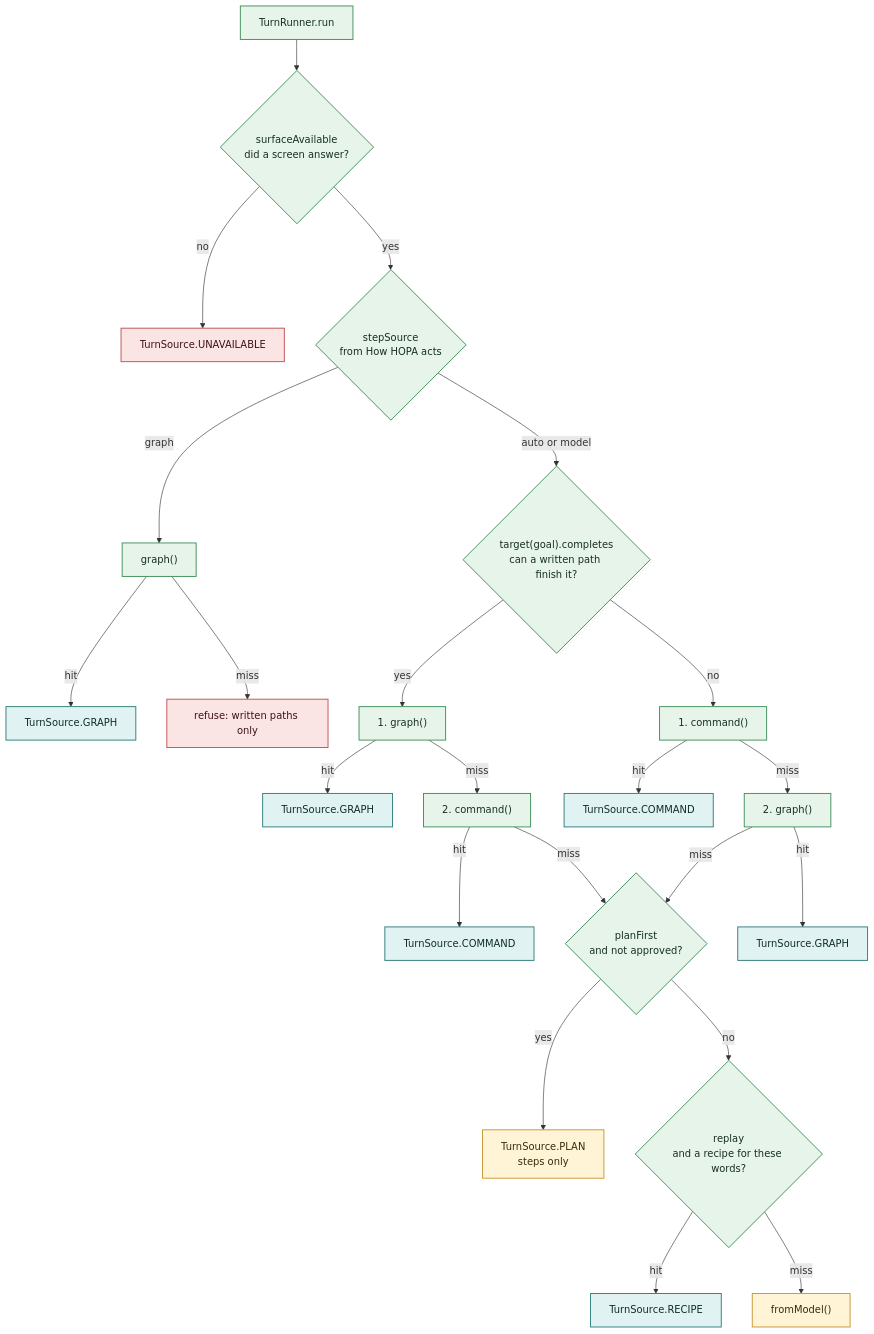
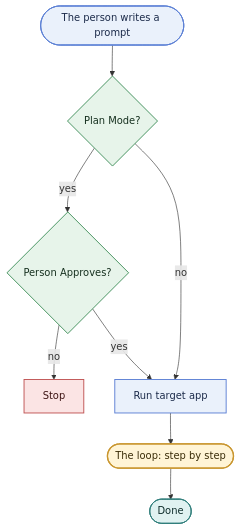
Before and after one commit to ChayaLevi/hopa: the first of 3 diagrams in docs/design/architecture/turn-flow.md, drawn with Mermaid. The commit also changed other lines of this file and 21 other files, not shown here.

First line of the commit message:
docs(architecture): one picture of a turn, shaped like the turn (#138)

````diff
--- a/docs/design/architecture/turn-flow.md
+++ b/docs/design/architecture/turn-flow.md
@@ -82,37 +21,23 @@
 ```mermaid
 flowchart TD
+  A(["The person writes a prompt"]) --> B{"Plan Mode?"}
+  B -->|"yes"| D{"Person Approves?"}
+  D -->|"no"| Z1["Stop"]
+  D -->|"yes"| G
+  B -->|"no"| G
+  G["Run target app"]
+  G --> L(["The loop: step by step"])
+  L --> R(["Done"])
+
   classDef io fill:#EAF1FB,stroke:#5B7FD4,color:#1C2B4A,stroke-width:1.5px
   classDef core fill:#E7F4EA,stroke:#3F8F5A,color:#16301F,stroke-width:1.5px
-  classDef model fill:#FFF4D6,stroke:#C9962F,color:#3A2C08,stroke-width:1.5px
+  classDef loop fill:#FFF4D6,stroke:#C9962F,color:#3A2C08,stroke-width:2px
   classDef result fill:#E0F2F1,stroke:#2F7D7A,color:#0F2E2C,stroke-width:1.5px
-  classDef store fill:#F0EAFB,stroke:#7A5AB8,color:#241A3A,stroke-width:1.5px
   classDef stop fill:#FBE4E4,stroke:#BF5252,color:#3D1414,stroke-width:1.5px
-  A["TurnRunner.run"] --> B{"surfaceAvailable<br/>did a screen answer?"}
-  B -->|"no"| B1["TurnSource.UNAVAILABLE"]
-  B -->|"yes"| C{"stepSource<br/>from How HOPA acts"}
-  C -->|"graph"| D["graph()"]
-  D -->|"hit"| D1["TurnSource.GRAPH"]
-  D -->|"miss"| D2["refuse: written paths only"]
-  C -->|"auto or model"| E{"target(goal).completes<br/>can a written path finish it?"}
-  E -->|"yes"| F["1. graph()"]
-  E -->|"no"| G["1. command()"]
-  F -->|"hit"| F1["TurnSource.GRAPH"]
-  F -->|"miss"| H["2. command()"]
-  G -->|"hit"| G1["TurnSource.COMMAND"]
-  G -->|"miss"| I["2. graph()"]
-  H -->|"hit"| H1["TurnSource.COMMAND"]
-  H -->|"miss"| J{"planFirst<br/>and not approved?"}
-  I -->|"hit"| I1["TurnSource.GRAPH"]
-  I -->|"miss"| J
-  J -->|"yes"| J1["TurnSource.PLAN<br/>steps only"]
-  J -->|"no"| K{"replay<br/>and a recipe for these words?"}
-  K -->|"hit"| K1["TurnSource.RECIPE"]
-  K -->|"miss"| L["fromModel()"]
 
-
-
-  class A,B,C,D,E,F,G,H,I,J,K core
-  class D1,F1,G1,H1,I1,K1 result
-  class B1,D2 stop
-  class J1,L model
+  class A,G io
+  class B,D core
+  class L loop
+  class R result
+  class Z1 stop
 ```
````
